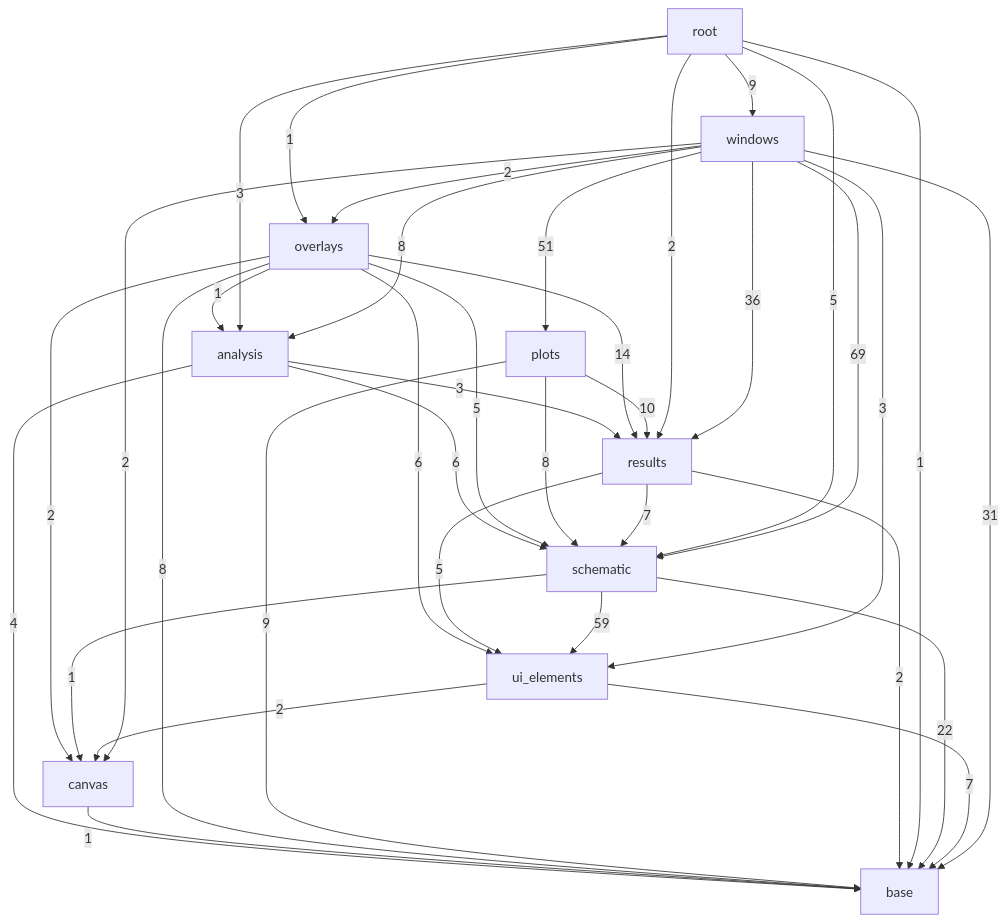
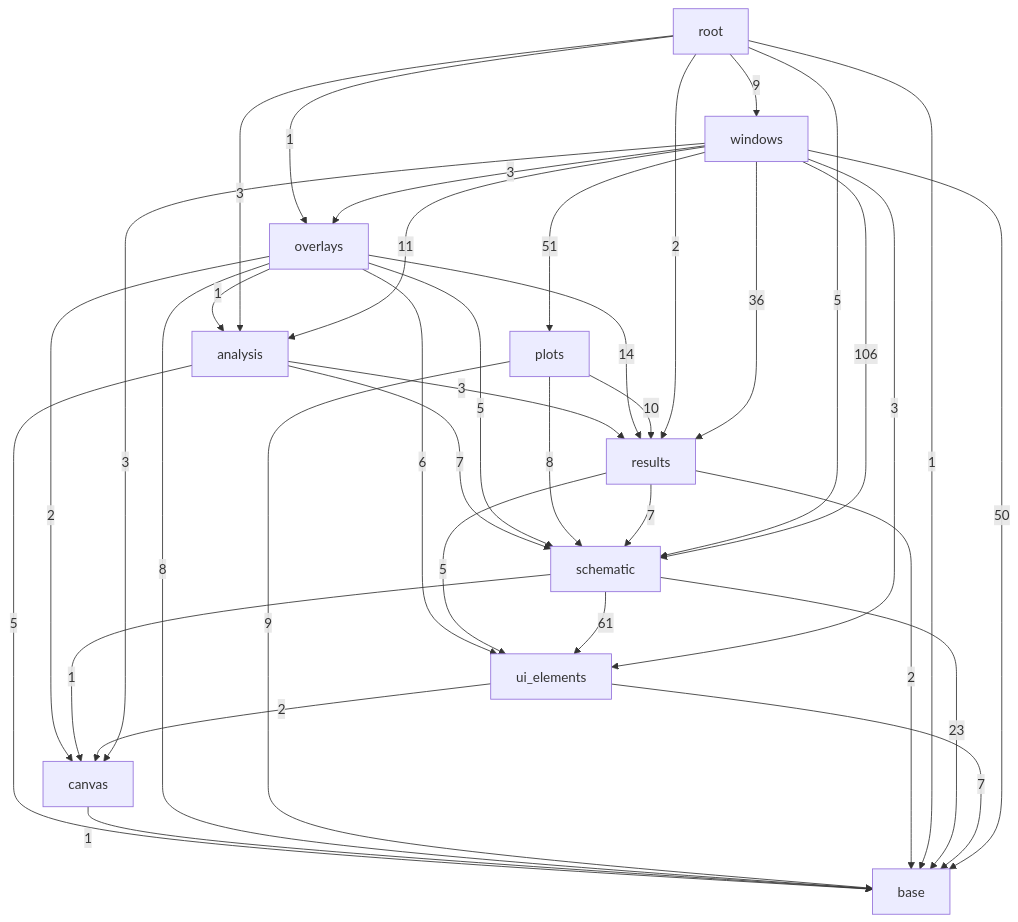
The third of 3 diagrams in docs/architecture.md (ronnymilleo/imcsim), drawn with Mermaid before and after one commit. The commit also changed other lines of this file and 63 other files, not shown here.

````diff
--- a/docs/architecture.md
+++ b/docs/architecture.md
@@ -56,48 +56,48 @@
 ```mermaid
 flowchart TD
     app_gui_base[base]
     app_gui_canvas[canvas]
     app_gui_ui_elements[ui_elements]
     app_gui_schematic[schematic]
     app_gui_results[results]
     app_gui_analysis[analysis]
     app_gui_plots[plots]
     app_gui_overlays[overlays]
     app_gui_windows[windows]
     app_gui_root[root]
-    app_gui_analysis -->|4| app_gui_base
+    app_gui_analysis -->|5| app_gui_base
     app_gui_analysis -->|3| app_gui_results
-    app_gui_analysis -->|6| app_gui_schematic
+    app_gui_analysis -->|7| app_gui_schematic
     app_gui_canvas -->|1| app_gui_base
     app_gui_overlays -->|1| app_gui_analysis
     app_gui_overlays -->|8| app_gui_base
     app_gui_overlays -->|2| app_gui_canvas
     app_gui_overlays -->|14| app_gui_results
     app_gui_overlays -->|5| app_gui_schematic
     app_gui_overlays -->|6| app_gui_ui_elements
     app_gui_plots -->|9| app_gui_base
     app_gui_plots -->|10| app_gui_results
     app_gui_plots -->|8| app_gui_schematic
     app_gui_results -->|2| app_gui_base
     app_gui_results -->|7| app_gui_schematic
     app_gui_results -->|5| app_gui_ui_elements
     app_gui_root -->|3| app_gui_analysis
     app_gui_root -->|1| app_gui_base
     app_gui_root -->|1| app_gui_overlays
     app_gui_root -->|2| app_gui_results
     app_gui_root -->|5| app_gui_schematic
     app_gui_root -->|9| app_gui_windows
-    app_gui_schematic -->|22| app_gui_base
+    app_gui_schematic -->|23| app_gui_base
     app_gui_schematic -->|1| app_gui_canvas
-    app_gui_schematic -->|59| app_gui_ui_elements
+    app_gui_schematic -->|61| app_gui_ui_elements
     app_gui_ui_elements -->|7| app_gui_base
     app_gui_ui_elements -->|2| app_gui_canvas
-    app_gui_windows -->|8| app_gui_analysis
-    app_gui_windows -->|31| app_gui_base
-    app_gui_windows -->|2| app_gui_canvas
-    app_gui_windows -->|2| app_gui_overlays
+    app_gui_windows -->|11| app_gui_analysis
+    app_gui_windows -->|50| app_gui_base
+    app_gui_windows -->|3| app_gui_canvas
+    app_gui_windows -->|3| app_gui_overlays
     app_gui_windows -->|51| app_gui_plots
     app_gui_windows -->|36| app_gui_results
-    app_gui_windows -->|69| app_gui_schematic
+    app_gui_windows -->|106| app_gui_schematic
     app_gui_windows -->|3| app_gui_ui_elements
 ```
````
